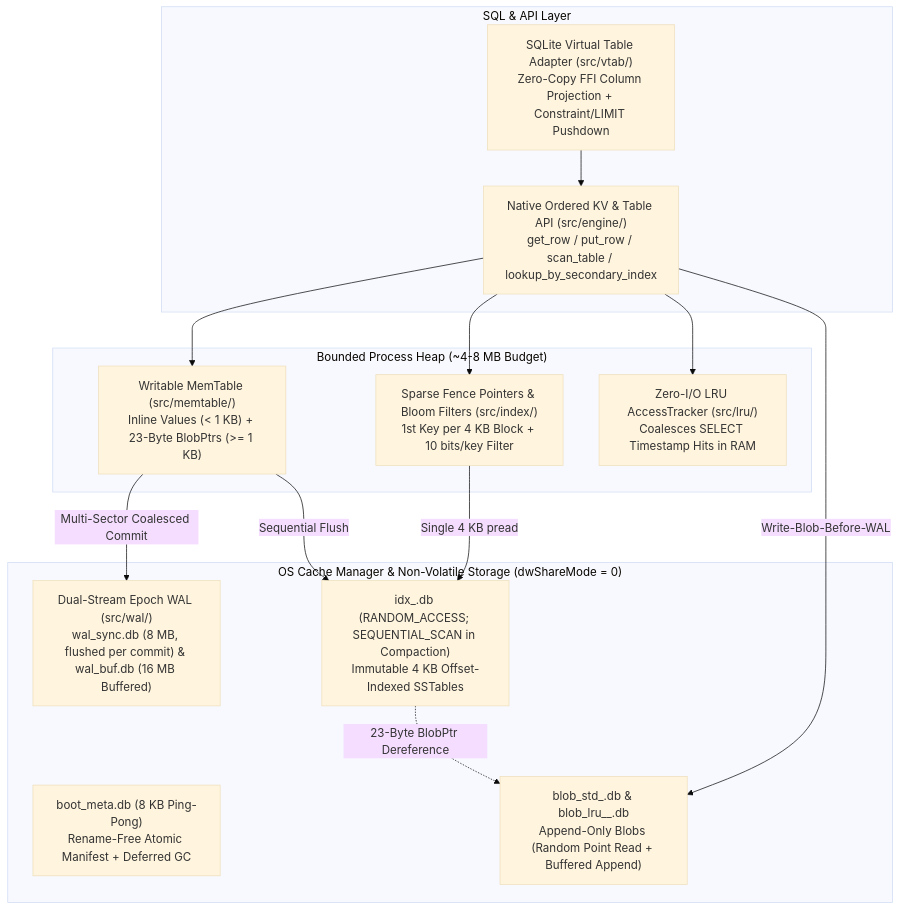
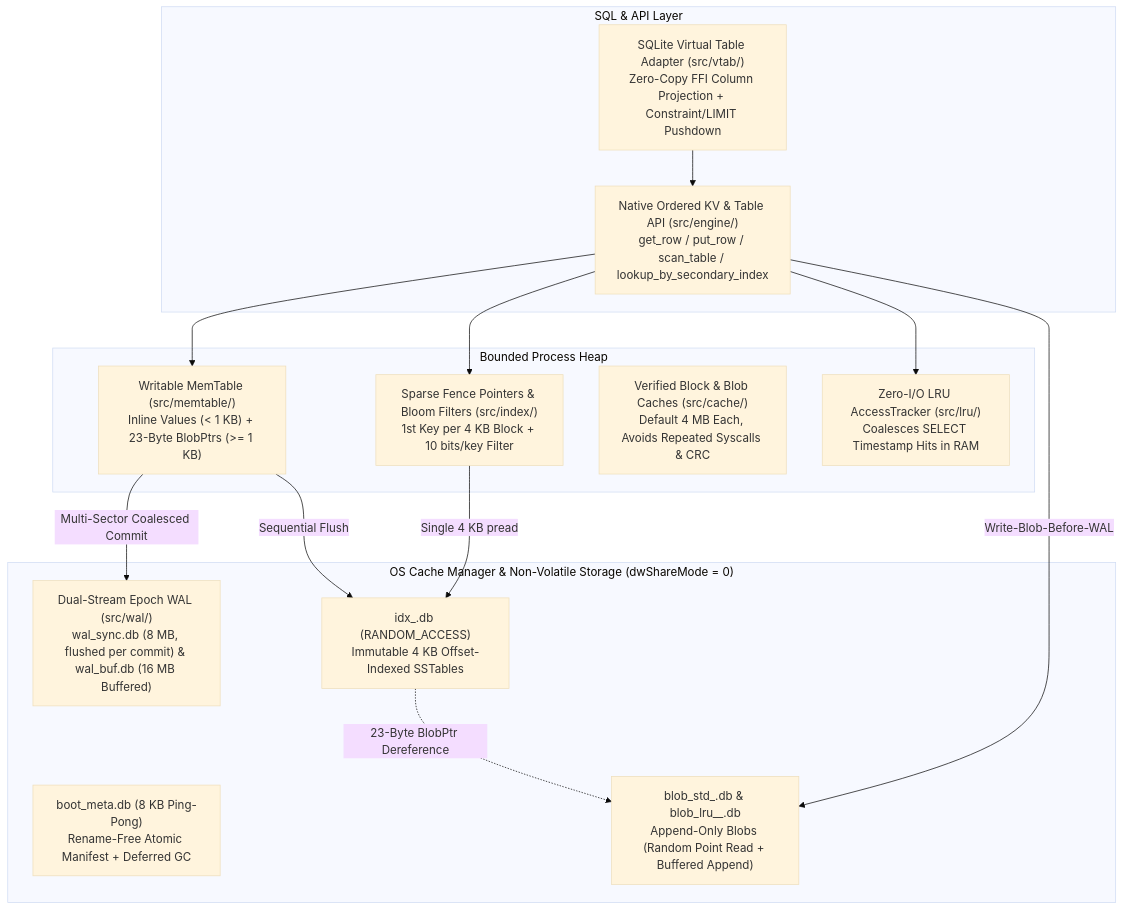
One commit to toyoshim-i/aydb changed the diagram in README.md. Above: the diagram before and after it, drawn with Mermaid (base theme). The commit also changed other lines of this file and 10 other files, not shown here.

````diff
--- a/README.md
+++ b/README.md
@@ -19,30 +19,31 @@
 ```mermaid
 flowchart TB
     subgraph SQL["SQL & API Layer"]
         VTAB["SQLite Virtual Table Adapter (src/vtab/)<br/>Zero-Copy FFI Column Projection + Constraint/LIMIT Pushdown"]
         KVAPI["Native Ordered KV & Table API (src/engine/)<br/>get_row / put_row / scan_table / lookup_by_secondary_index"]
     end
 
-    subgraph Memory["Bounded Process Heap (~4-8 MB Budget)"]
+    subgraph Memory["Bounded Process Heap"]
         MT["Writable MemTable (src/memtable/)<br/>Inline Values (< 1 KB) + 23-Byte BlobPtrs (>= 1 KB)"]
         FENCE["Sparse Fence Pointers & Bloom Filters (src/index/)<br/>1st Key per 4 KB Block + 10 bits/key Filter"]
+        VCACHE["Verified Block & Blob Caches (src/cache/)<br/>Default 4 MB Each, Avoids Repeated Syscalls & CRC"]
         LRU["Zero-I/O LRU AccessTracker (src/lru/)<br/>Coalesces SELECT Timestamp Hits in RAM"]
     end
 
     subgraph Disk["OS Cache Manager & Non-Volatile Storage (dwShareMode = 0)"]
         META["boot_meta.db (8 KB Ping-Pong)<br/>Rename-Free Atomic Manifest + Deferred GC"]
         WAL["Dual-Stream Epoch WAL (src/wal/)<br/>wal_sync.db (8 MB, flushed per commit) & wal_buf.db (16 MB Buffered)"]
-        IDX["idx_<SeqID>.db (RANDOM_ACCESS; SEQUENTIAL_SCAN in Compaction)<br/>Immutable 4 KB Offset-Indexed SSTables"]
+        IDX["idx_<SeqID>.db (RANDOM_ACCESS)<br/>Immutable 4 KB Offset-Indexed SSTables"]
         BLOB["blob_std_<SeqID>.db & blob_lru_<TblID>_<SeqID>.db<br/>Append-Only Blobs (Random Point Read + Buffered Append)"]
     end
 
     VTAB --> KVAPI
     KVAPI --> MT
     KVAPI --> FENCE
     KVAPI --> LRU
     MT -->|"Multi-Sector Coalesced Commit"| WAL
     MT -->|"Sequential Flush"| IDX
     FENCE -->|"Single 4 KB pread"| IDX
     KVAPI -->|"Write-Blob-Before-WAL"| BLOB
     IDX -.->|"23-Byte BlobPtr Dereference"| BLOB
 ```
````
